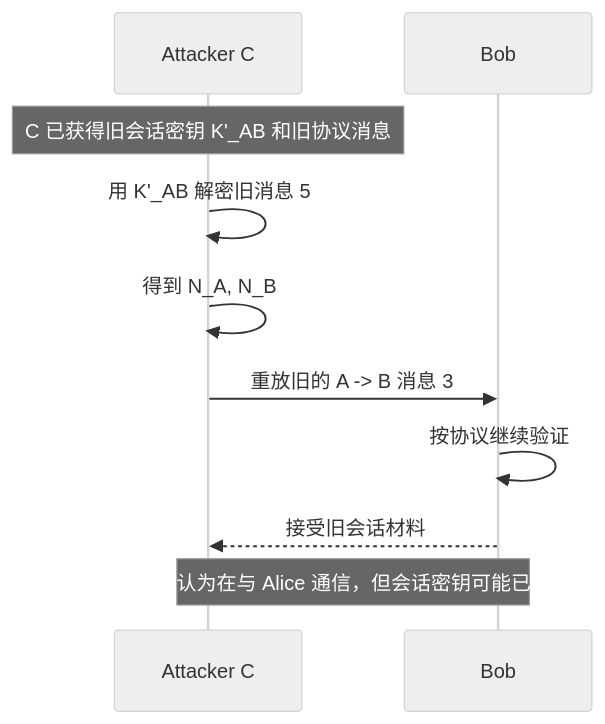
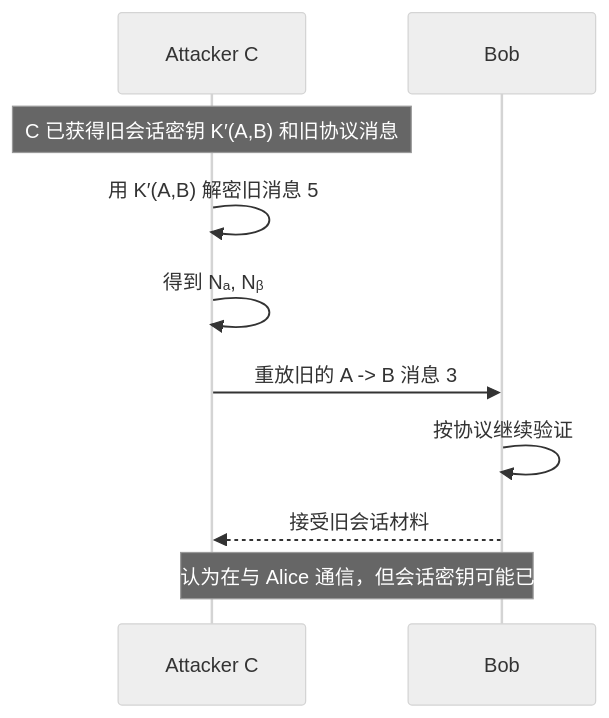
Before and after one commit to 22mouseok-crypto/obsidian-vault: the ninth of 21 diagrams in 大三下/密码协议/密码协议期末复习-Obsidian视觉版.md, drawn with Mermaid (neutral theme). The commit also changed other lines of this file, not shown here.

````diff
--- a/大三下/密码协议/密码协议期末复习-Obsidian视觉版.md
+++ b/大三下/密码协议/密码协议期末复习-Obsidian视觉版.md
@@ -386,13 +386,13 @@
 ```mermaid
 sequenceDiagram
     participant C as Attacker C
     participant B as Bob
 
-    Note over C: C 已获得旧会话密钥 K'_AB 和旧协议消息
-    C->>C: 用 K'_AB 解密旧消息 5
-    C->>C: 得到 N_A, N_B
+    Note over C: C 已获得旧会话密钥 K′(A,B) 和旧协议消息
+    C->>C: 用 K′(A,B) 解密旧消息 5
+    C->>C: 得到 Nₐ, Nᵦ
     C->>B: 重放旧的 A -> B 消息 3
     B->>B: 按协议继续验证
     B-->>C: 接受旧会话材料
     Note over B,C: Bob 认为在与 Alice 通信，但会话密钥可能已泄露
 ```
````
